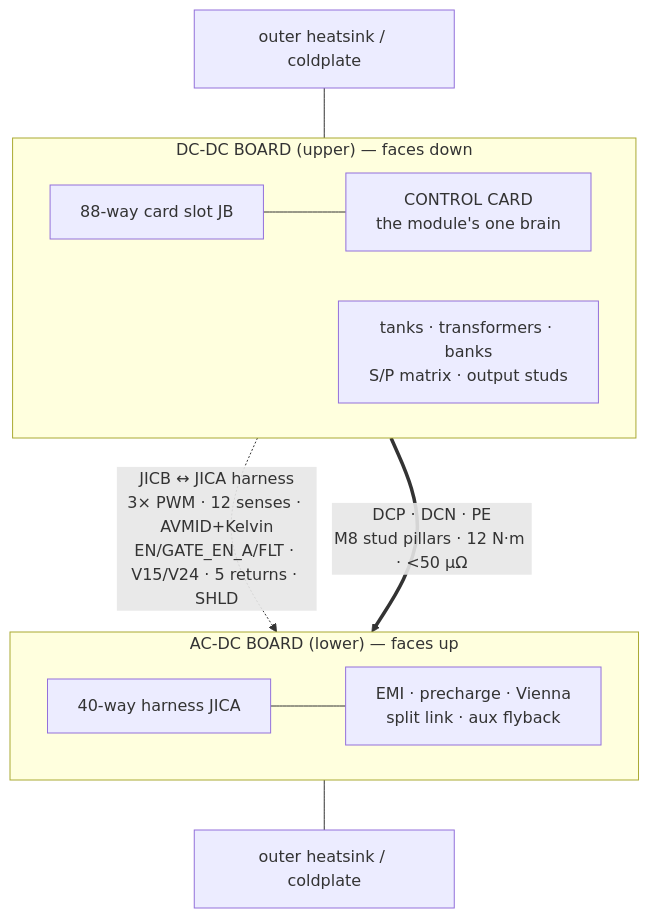
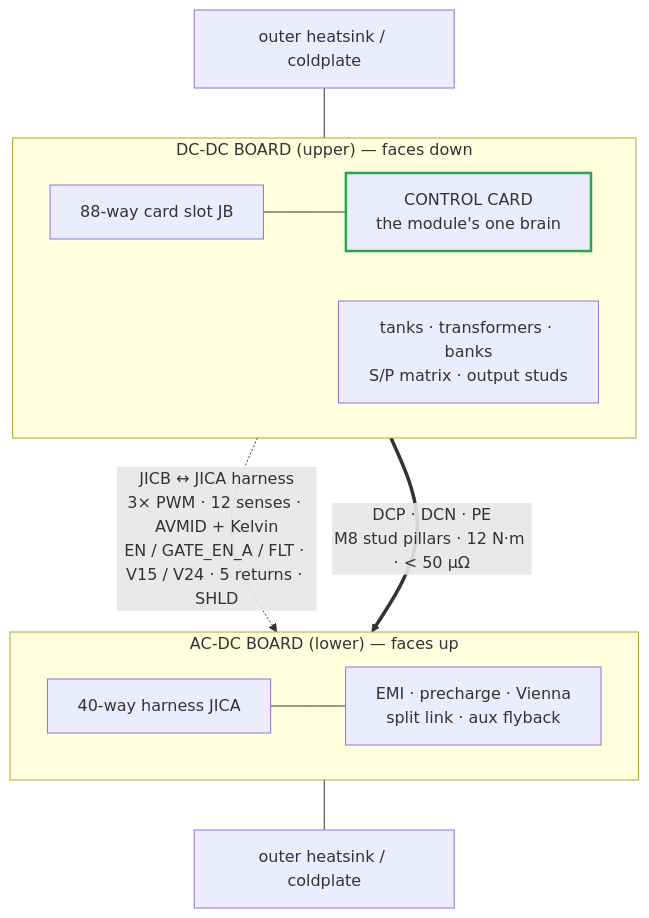
One commit to vectivolt/DC-Modules changed the first of 4 diagrams in docs/interconnect.md. Above: the diagram before and after it, drawn with Mermaid. The commit also changed other lines of this file and 98 other files, not shown here.

````diff
--- a/docs/interconnect.md
+++ b/docs/interconnect.md
@@ -15,16 +31,17 @@
 ```mermaid
 flowchart TB
   subgraph DCDC["DC-DC BOARD (upper) — faces down"]
     direction LR
     SLOT["88-way card slot JB"] --- CARD["CONTROL CARD<br/>the module's one brain"]
     TANKS["tanks · transformers · banks<br/>S/P matrix · output studs"]
   end
   subgraph ACDC["AC-DC BOARD (lower) — faces up"]
     direction LR
     JICA["40-way harness JICA"] --- VIEN["EMI · precharge · Vienna<br/>split link · aux flyback"]
   end
-  DCDC =="DCP · DCN · PE<br/>M8 stud pillars · 12 N·m · <50 µΩ"==> ACDC
-  CARD -."JICB ↔ JICA harness<br/>3× PWM · 12 senses · AVMID+Kelvin<br/>EN/GATE_EN_A/FLT · V15/V24 · 5 returns · SHLD".-> JICA
+  DCDC =="DCP · DCN · PE<br/>M8 stud pillars · 12 N·m · < 50 µΩ"==> ACDC
+  CARD -."JICB ↔ JICA harness<br/>3× PWM · 12 senses · AVMID + Kelvin<br/>EN / GATE_EN_A / FLT · V15 / V24 · 5 returns · SHLD".-> JICA
   HS1["outer heatsink / coldplate"] --- DCDC
   ACDC --- HS2["outer heatsink / coldplate"]
+  style CARD stroke:#2ea44f,stroke-width:2.5px
 ```
````
